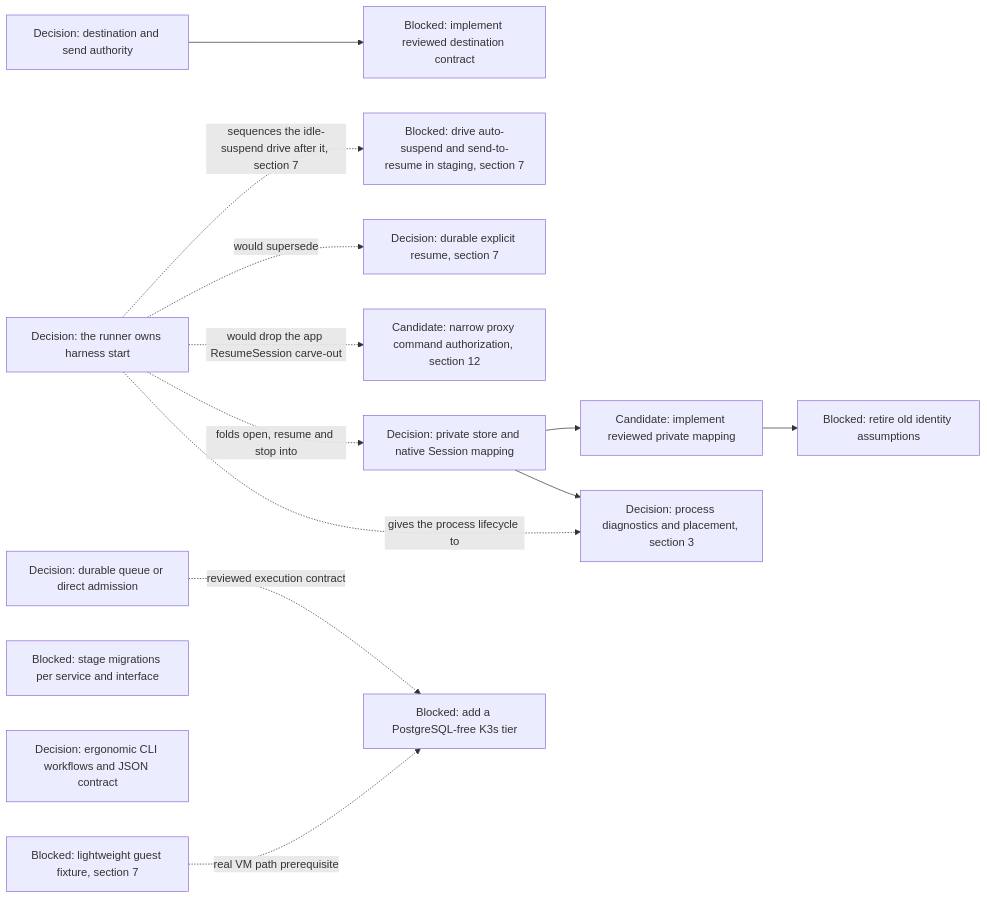
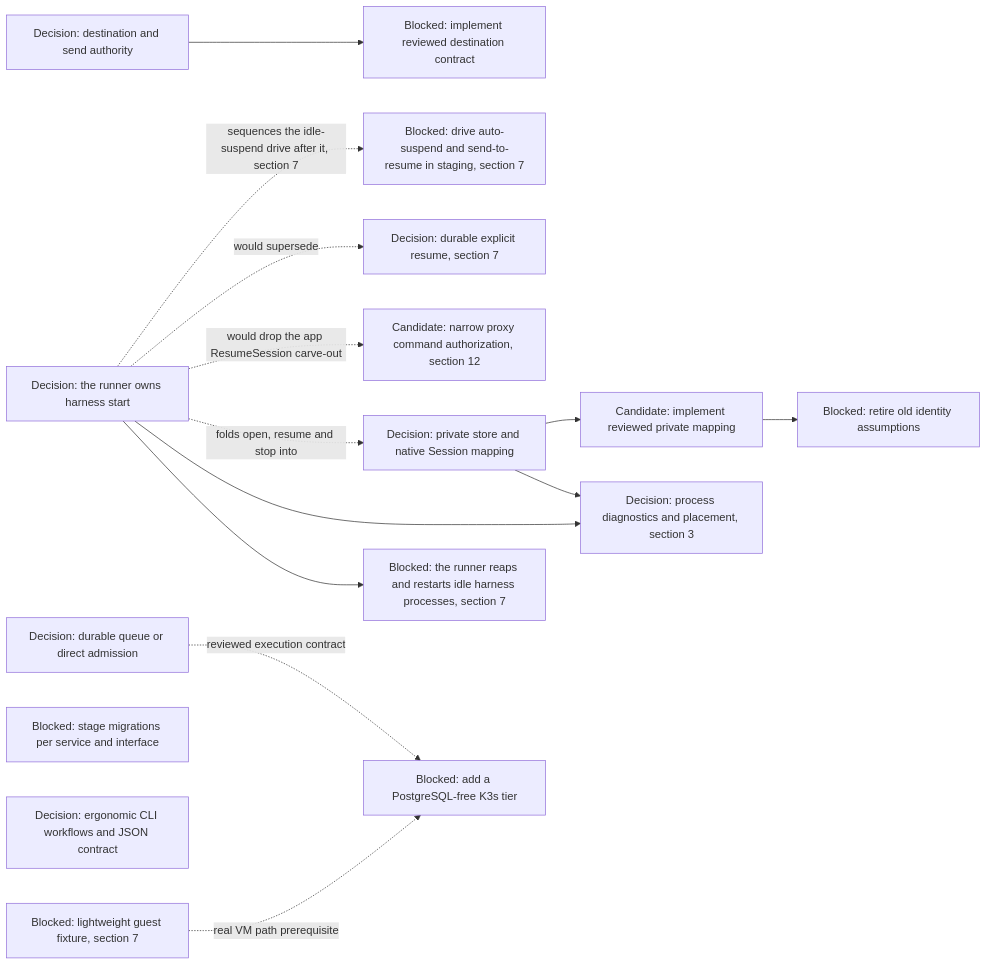
One commit to agentydragon/ducktape changed diagram 16 of 16 in agentplane/plans/task_dag.md. Above: the diagram before and after it, drawn with Mermaid. The commit also changed other lines of this file, not shown here.

First line of the commit message:
DAG: co-sequence harness objects and idle suspend on HARNESS_LIFECYCLE_OWNERSHIP

````diff
--- a/agentplane/plans/task_dag.md
+++ b/agentplane/plans/task_dag.md
@@ -1708,29 +1721,31 @@
 ```mermaid
 flowchart LR
     DISPATCHER_PERSISTENCE_MODEL_DESIGN[Decision: durable queue or direct admission]
     DELIVERY_DESTINATION_AUTHORITY_DESIGN[Decision: destination and send authority]
     DELIVERY_DESTINATION_CONTRACT[Blocked: implement reviewed destination contract]
     HARNESS_IDENTITY_DESIGN[Decision: private store and native Session mapping]
     RUNNER_STORE_SESSION_IDENTITY[Candidate: implement reviewed private mapping]
     RUNNER_IDENTITY_LEGACY_CLEANUP[Blocked: retire old identity assumptions]
     HARNESS_LIFECYCLE_OWNERSHIP[Decision: the runner owns harness start]
+    RUNNER_IDLE_HARNESS_REAP[Blocked: the runner reaps and restarts idle harness processes, section 7]
     IDLE_SUSPEND_UI_DRIVE[Blocked: drive auto-suspend and send-to-resume in staging, section 7]
     APP_NATIVE_RESUME_CONTRACT[Decision: durable explicit resume, section 7]
     PROXY_START_METHODS_DISPATCHER_ONLY[Candidate: narrow proxy command authorization, section 12]
     RUNNER_HARNESS_OBJECTS_DESIGN[Decision: process diagnostics and placement, section 3]
     SERVICE_API_TRANSPORT_MIGRATIONS[Blocked: stage migrations per service and interface]
     AGENT_API_TOOLING_DESIGN[Decision: ergonomic CLI workflows and JSON contract]
     CNPG_FREE_K3S_INTEGRATION_TIER[Blocked: add a PostgreSQL-free K3s tier]
     K3S_VM_IMAGE[Blocked: lightweight guest fixture, section 7]
     DELIVERY_DESTINATION_AUTHORITY_DESIGN --> DELIVERY_DESTINATION_CONTRACT
     RUNNER_STORE_SESSION_IDENTITY --> RUNNER_IDENTITY_LEGACY_CLEANUP
     HARNESS_IDENTITY_DESIGN --> RUNNER_STORE_SESSION_IDENTITY
     HARNESS_IDENTITY_DESIGN --> RUNNER_HARNESS_OBJECTS_DESIGN
     HARNESS_LIFECYCLE_OWNERSHIP -. sequences the idle-suspend drive after it, section 7 .-> IDLE_SUSPEND_UI_DRIVE
     HARNESS_LIFECYCLE_OWNERSHIP -. would supersede .-> APP_NATIVE_RESUME_CONTRACT
     HARNESS_LIFECYCLE_OWNERSHIP -. would drop the app ResumeSession carve-out .-> PROXY_START_METHODS_DISPATCHER_ONLY
     HARNESS_LIFECYCLE_OWNERSHIP -. folds open, resume and stop into .-> HARNESS_IDENTITY_DESIGN
-    HARNESS_LIFECYCLE_OWNERSHIP -. gives the process lifecycle to .-> RUNNER_HARNESS_OBJECTS_DESIGN
+    HARNESS_LIFECYCLE_OWNERSHIP --> RUNNER_HARNESS_OBJECTS_DESIGN
+    HARNESS_LIFECYCLE_OWNERSHIP --> RUNNER_IDLE_HARNESS_REAP
     DISPATCHER_PERSISTENCE_MODEL_DESIGN -. reviewed execution contract .-> CNPG_FREE_K3S_INTEGRATION_TIER
     K3S_VM_IMAGE -. real VM path prerequisite .-> CNPG_FREE_K3S_INTEGRATION_TIER
 ```
````
